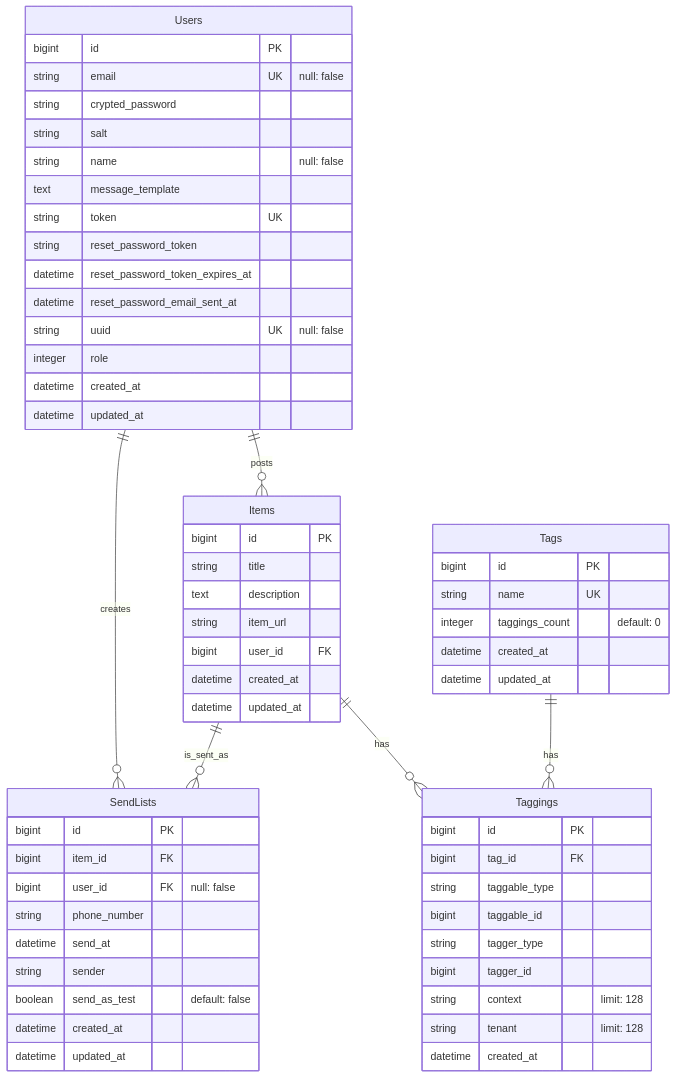
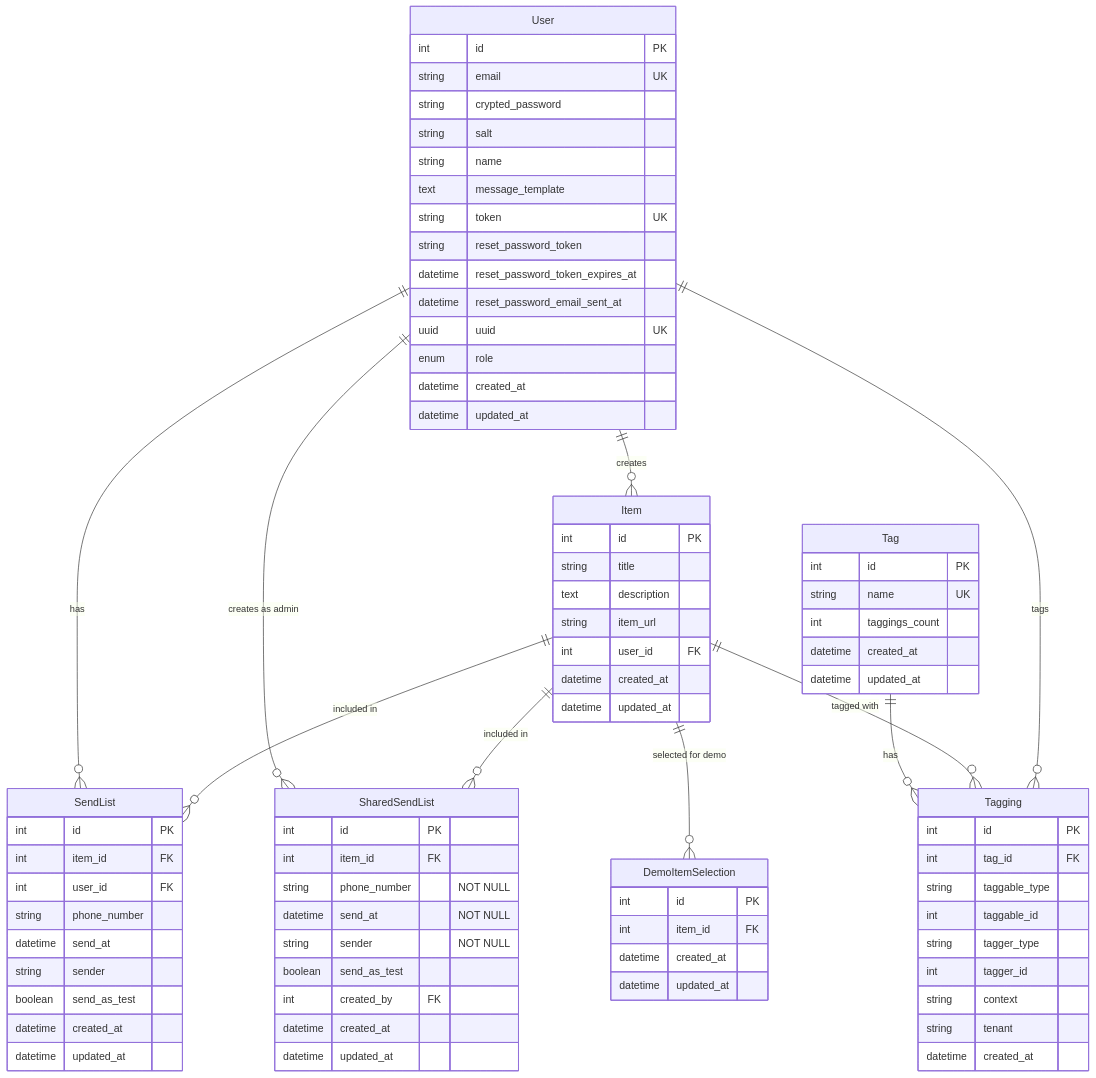
One commit to emergency-cplus/ECS_4 changed the diagram in docs/diagrams/mermaid/er_diagram.mmd. Above: the diagram before and after it, drawn with Mermaid. The commit also changed other lines of this file, not shown here.

Commit message:
ER図の更新

````diff
--- a/docs/diagrams/mermaid/er_diagram.mmd
+++ b/docs/diagrams/mermaid/er_diagram.mmd
@@ -1,67 +1,81 @@
-```mermaid
 erDiagram
-    Users ||--o{ Items : posts
-    Users ||--o{ SendLists : creates
-    Items ||--o{ SendLists : is_sent_as
-    Items ||--o{ Taggings : has
-    Tags ||--o{ Taggings : has
-
-    Users {
-        bigint id PK
-        string email UK "null: false"
-        string crypted_password
-        string salt
-        string name "null: false"
-        text message_template
-        string token UK
-        string reset_password_token
-        datetime reset_password_token_expires_at
-        datetime reset_password_email_sent_at
-        string uuid UK "null: false"
-        integer role
-        datetime created_at
-        datetime updated_at
-    }
-
-    Items {
-        bigint id PK
-        string title
-        text description
-        string item_url
-        bigint user_id FK
-        datetime created_at
-        datetime updated_at
-    }
-
-    SendLists {
-        bigint id PK
-        bigint item_id FK
-        bigint user_id FK "null: false"
-        string phone_number
-        datetime send_at
-        string sender
-        boolean send_as_test "default: false"
-        datetime created_at
-        datetime updated_at
-    }
-
-    Tags {
-        bigint id PK
-        string name UK
-        integer taggings_count "default: 0"
-        datetime created_at
-        datetime updated_at
-    }
-
-    Taggings {
-        bigint id PK
-        bigint tag_id FK
-        string taggable_type
-        bigint taggable_id
-        string tagger_type
-        bigint tagger_id
-        string context "limit: 128"
-        string tenant "limit: 128"
-        datetime created_at
-    }
-```
+  User {
+      int id PK
+      string email UK
+      string crypted_password
+      string salt
+      string name
+      text message_template
+      string token UK
+      string reset_password_token
+      datetime reset_password_token_expires_at
+      datetime reset_password_email_sent_at
+      uuid uuid UK
+      enum role
+      datetime created_at
+      datetime updated_at
+  }
+  Item {
+      int id PK
+      string title
+      text description
+      string item_url
+      int user_id FK
+      datetime created_at
+      datetime updated_at
+  }
+  SendList {
+      int id PK
+      int item_id FK
+      int user_id FK
+      string phone_number
+      datetime send_at
+      string sender
+      boolean send_as_test
+      datetime created_at
+      datetime updated_at
+  }
+  SharedSendList {
+      int id PK
+      int item_id FK
+      string phone_number "NOT NULL"
+      datetime send_at "NOT NULL"
+      string sender "NOT NULL"
+      boolean send_as_test
+      int created_by FK
+      datetime created_at
+      datetime updated_at
+  }
+  DemoItemSelection {
+      int id PK
+      int item_id FK
+      datetime created_at
+      datetime updated_at
+  }
+  Tag {
+      int id PK
+      string name UK
+      int taggings_count
+      datetime created_at
+      datetime updated_at
+  }
+  Tagging {
+      int id PK
+      int tag_id FK
+      string taggable_type
+      int taggable_id
+      string tagger_type
+      int tagger_id
+      string context
+      string tenant
+      datetime created_at
+  }
+  User ||--o{ Item : "creates"
+  User ||--o{ SendList : "has"
+  User ||--o{ SharedSendList : "creates as admin"
+  Item ||--o{ SendList : "included in"
+  Item ||--o{ SharedSendList : "included in"
+  Item ||--o{ DemoItemSelection : "selected for demo"
+  Tag ||--o{ Tagging : "has"
+  Item ||--o{ Tagging : "tagged with"
+  User ||--o{ Tagging : "tags"
````
